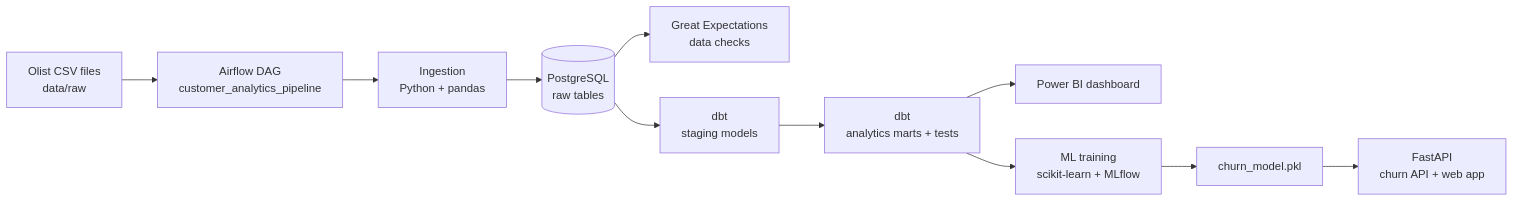
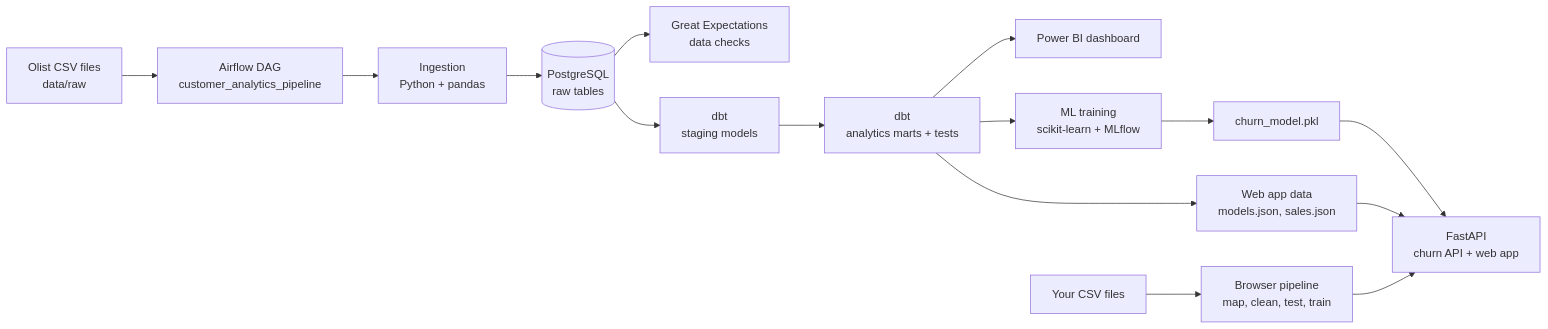
Before and after one commit to askmadhavan/customer-analytics-platform: the diagram in README.md, drawn with Mermaid. The commit also changed other lines of this file and 3 other files, not shown here.

First line of the commit message:
Support unit price × quantity data and document the web app

````diff
--- a/README.md
+++ b/README.md
@@ -28,13 +89,17 @@
 ```mermaid
 flowchart LR
     A[Olist CSV files<br/>data/raw] --> B[Airflow DAG<br/>customer_analytics_pipeline]
     B --> C[Ingestion<br/>Python + pandas]
     C --> D[(PostgreSQL<br/>raw tables)]
     D --> E[Great Expectations<br/>data checks]
     D --> F[dbt<br/>staging models]
     F --> G[dbt<br/>analytics marts + tests]
     G --> H[Power BI dashboard]
     G --> I[ML training<br/>scikit-learn + MLflow]
     I --> J[churn_model.pkl]
     J --> K[FastAPI<br/>churn API + web app]
+    G --> L[Web app data<br/>models.json, sales.json]
+    L --> K
+    M[Your CSV files] --> N[Browser pipeline<br/>map, clean, test, train]
+    N --> K
 ```
````
